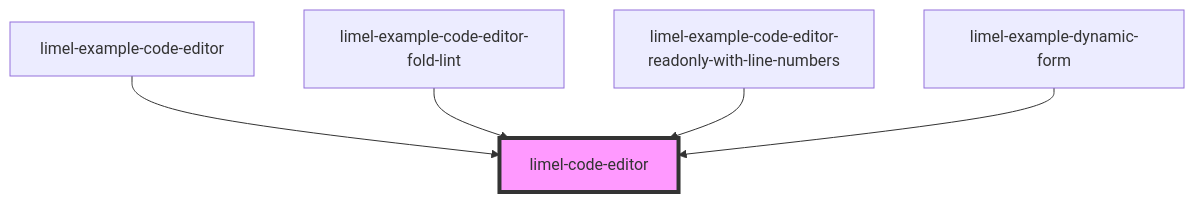
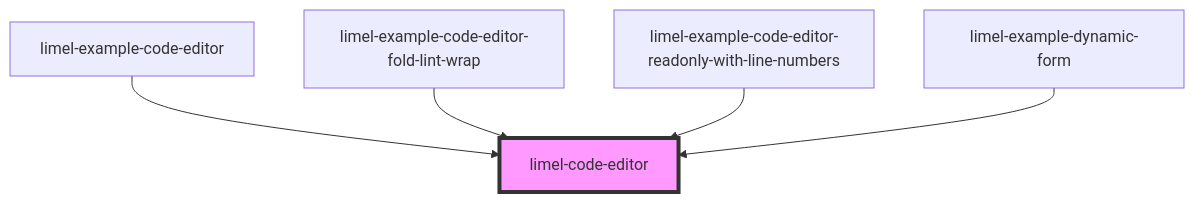
The diagram in versions/PR-3735/markdown-docs/components/code-editor/readme.md (Lundalogik/lime-elements), drawn with Mermaid before and after one commit. The commit also changed other lines of this file and 9 other files, not shown here.

````diff
--- a/versions/PR-3735/markdown-docs/components/code-editor/readme.md
+++ b/versions/PR-3735/markdown-docs/components/code-editor/readme.md
@@ -39,8 +39,8 @@
 ```mermaid
 graph TD;
   limel-example-code-editor --> limel-code-editor
-  limel-example-code-editor-fold-lint --> limel-code-editor
+  limel-example-code-editor-fold-lint-wrap --> limel-code-editor
   limel-example-code-editor-readonly-with-line-numbers --> limel-code-editor
   limel-example-dynamic-form --> limel-code-editor
   style limel-code-editor fill:#f9f,stroke:#333,stroke-width:4px
 ```
````
